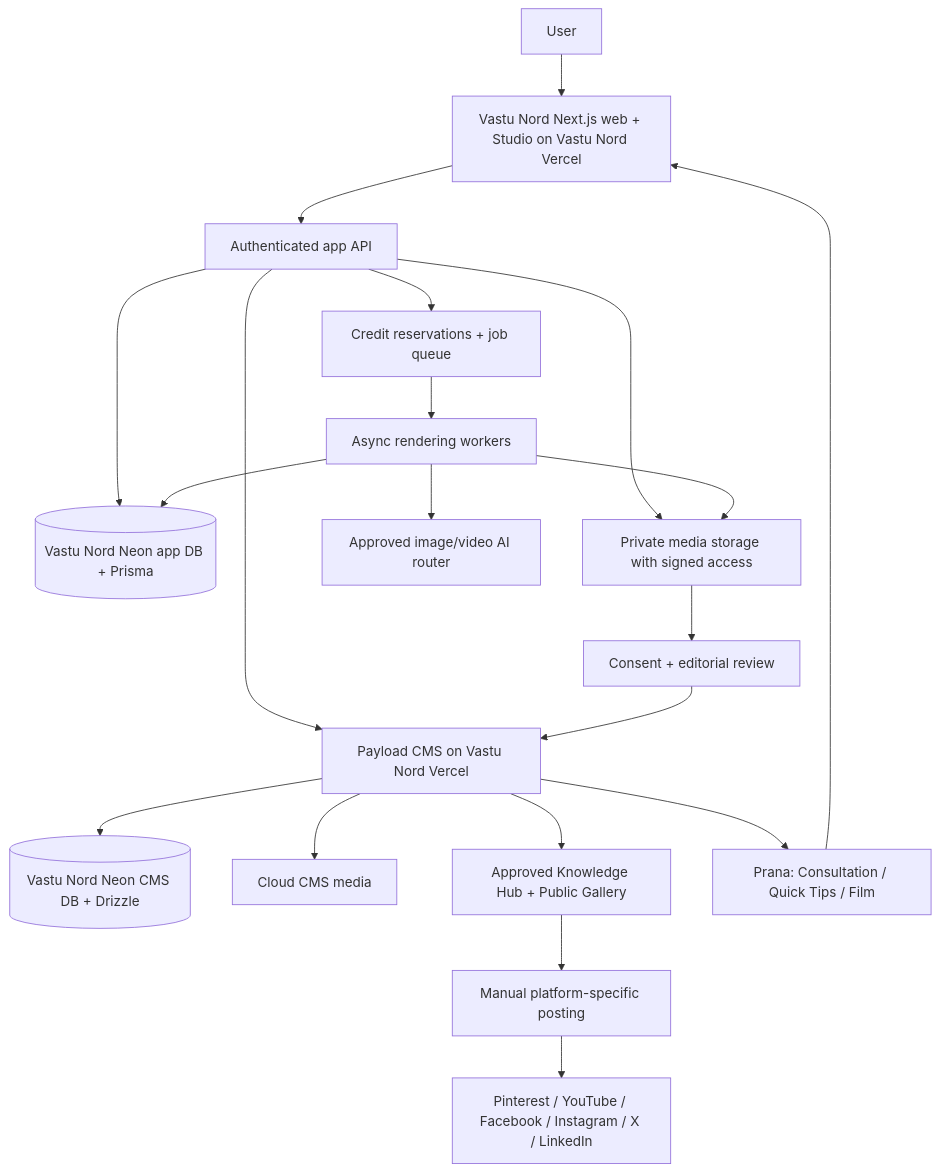
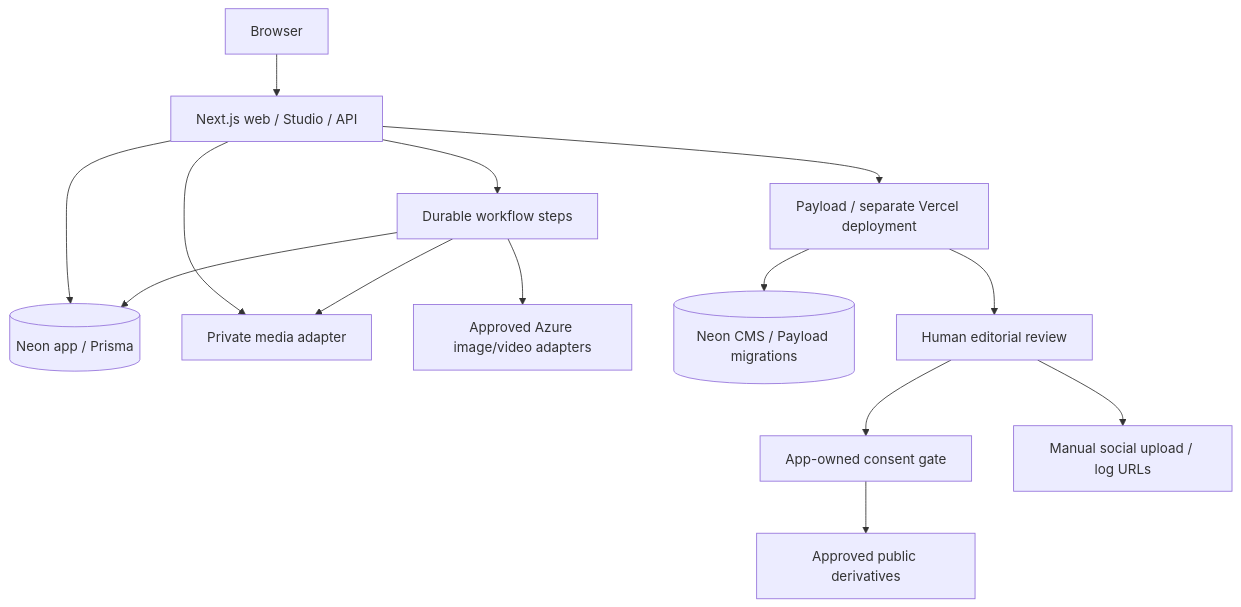
The diagram in docs/ARCHITECTURE.md (vastunord/MVP1), drawn with Mermaid before and after one commit. The commit also changed other lines of this file and 13 other files, not shown here.

Commit message:
docs: plan phase 02a architecture and foundation

````diff
--- a/docs/ARCHITECTURE.md
+++ b/docs/ARCHITECTURE.md
@@ -3,22 +11,16 @@
 ```mermaid
-flowchart TB
- U[User] --> WEB[Vastu Nord Next.js web + Studio on Vastu Nord Vercel]
- WEB --> API[Authenticated app API]
- API --> APPDB[(Vastu Nord Neon app DB + Prisma)]
- API --> STORAGE[Private media storage with signed access]
- API --> W[Credit reservations + job queue]
- W --> WORK[Async rendering workers]
- WORK --> A[Approved image/video AI router]
- WORK --> STORAGE
- WORK --> APPDB
- API --> CMS[Payload CMS on Vastu Nord Vercel]
- CMS --> CMSDB[(Vastu Nord Neon CMS DB + Drizzle)]
- CMS --> CMSMEDIA[Cloud CMS media]
- STORAGE --> RIGHTS[Consent + editorial review]
- RIGHTS --> CMS
- CMS --> GAL[Approved Knowledge Hub + Public Gallery]
- GAL --> MANUAL[Manual platform-specific posting]
- MANUAL --> SOCIAL[Pinterest / YouTube / Facebook / Instagram / X / LinkedIn]
- CMS --> PRANA[Prana: Consultation / Quick Tips / Film]
- PRANA --> WEB
+flowchart TD
+ Browser --> Web["Next.js web / Studio / API"]
+ Web --> AppDB[("Neon app / Prisma")]
+ Web --> Private["Private media adapter"]
+ Web --> Workflow["Durable workflow steps"]
+ Workflow --> AI["Approved Azure image/video adapters"]
+ Workflow --> AppDB
+ Workflow --> Private
+ Web --> CMS["Payload / separate Vercel deployment"]
+ CMS --> CMSDB[("Neon CMS / Payload migrations")]
+ CMS --> Review["Human editorial review"]
+ Review --> Consent["App-owned consent gate"]
+ Consent --> Public["Approved public derivatives"]
+ Review --> Manual["Manual social upload / log URLs"]
 ```
````
